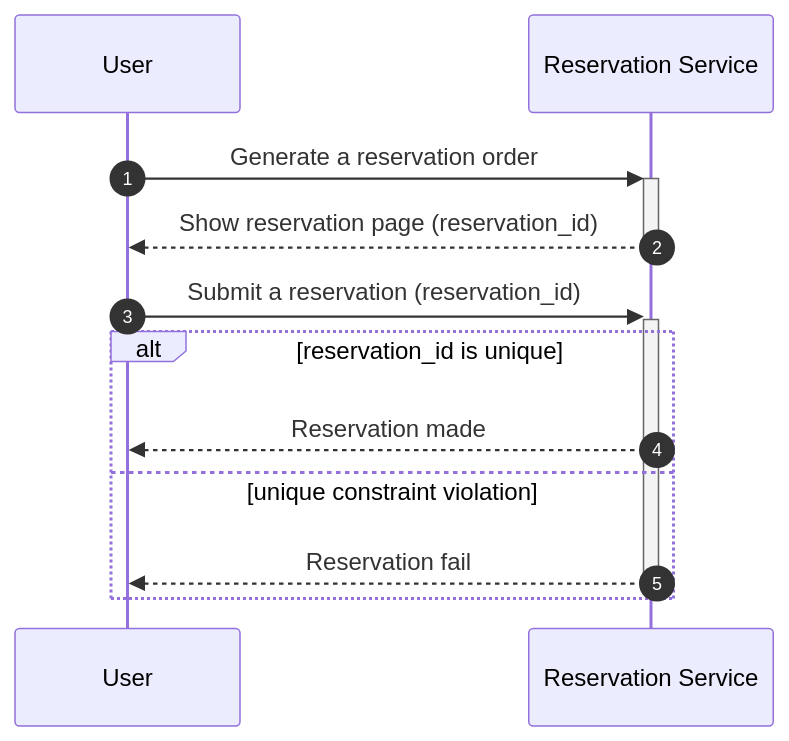
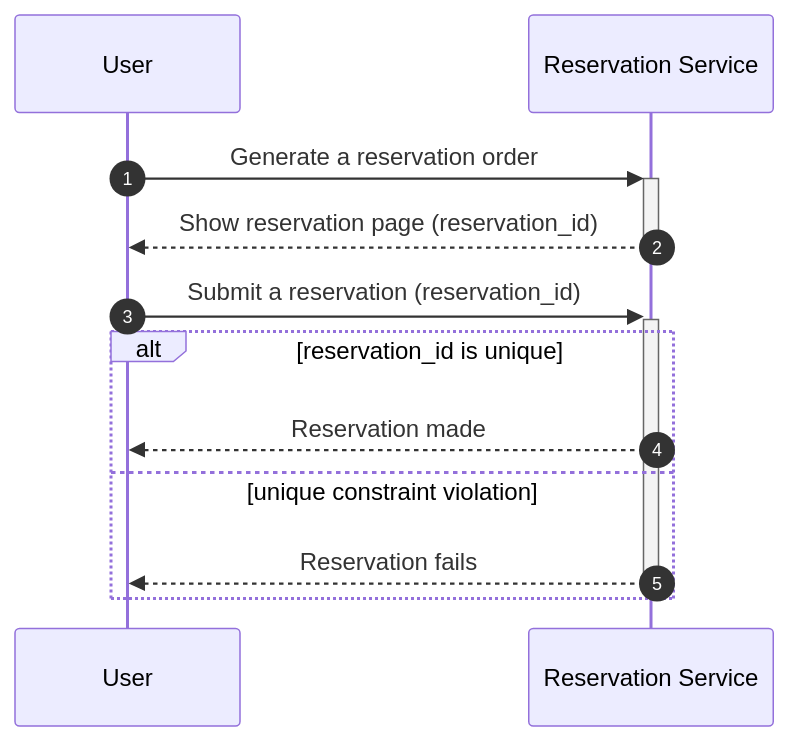
The first of 3 diagrams in system-design/interview2/07-hotel-reservation-system.md (giwankim/til), drawn with Mermaid before and after one commit. The commit also changed other lines of this file and 50 other files, not shown here.

````diff
--- a/system-design/interview2/07-hotel-reservation-system.md
+++ b/system-design/interview2/07-hotel-reservation-system.md
@@ -208,14 +208,14 @@
 ```mermaid
 sequenceDiagram
   autonumber
   participant User
   participant Reservation Service
   User->>+Reservation Service: Generate a reservation order
   Reservation Service-->>-User: Show reservation page (reservation_id)
   User->>+Reservation Service: Submit a reservation (reservation_id)
   alt reservation_id is unique
     Reservation Service-->>User: Reservation made
   else unique constraint violation
-    Reservation Service-->>-User: Reservation fail
+    Reservation Service-->>-User: Reservation fails
   end
 ```
````
